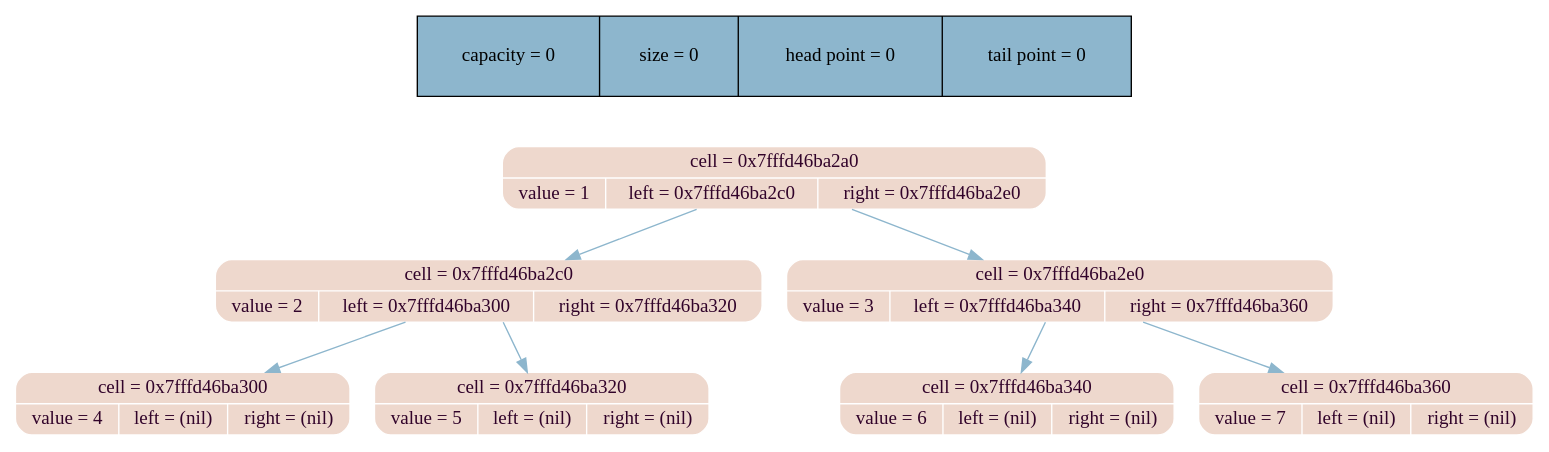
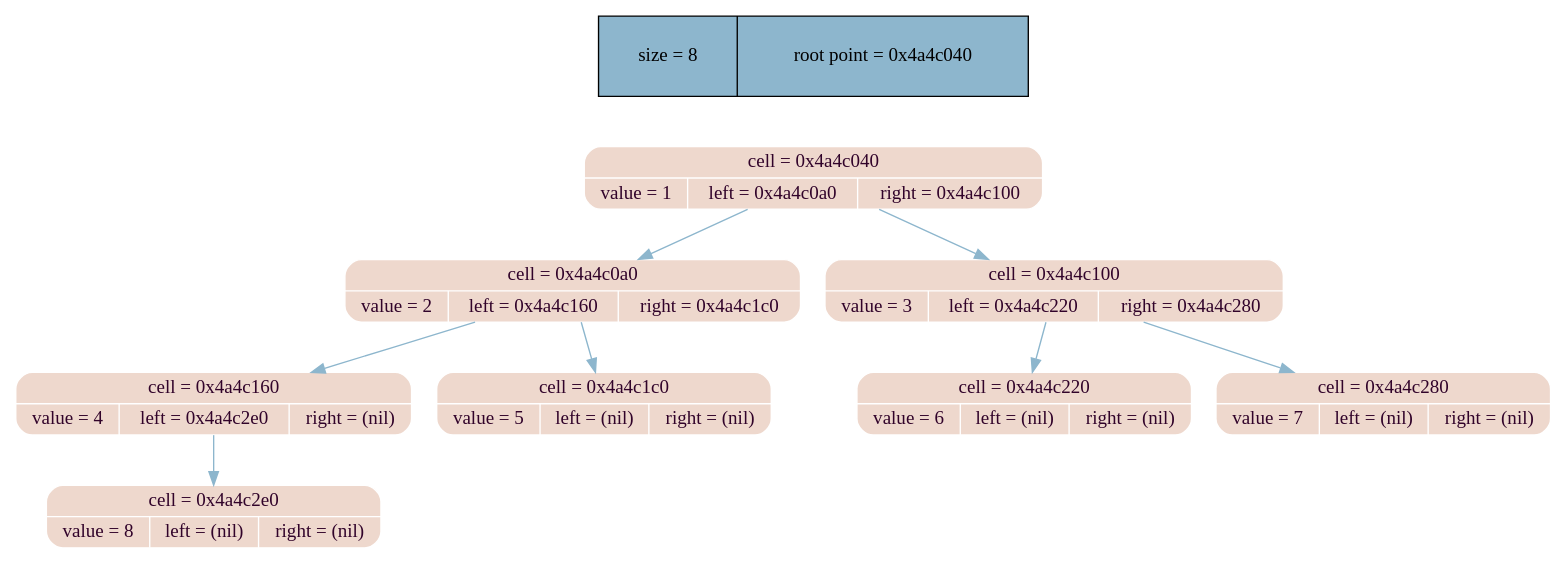
The diagram in dump_info/tree_dump.dot (MaxGroshev/tree), drawn with Graphviz before and after one commit. The commit also changed 9 other files, not shown here.

```diff
--- a/dump_info/tree_dump.dot
+++ b/dump_info/tree_dump.dot
@@ -1,22 +1,24 @@
 digraph   
 {
 rankdir = ""
-splines = "(null)"
+splines = "true"
 
-node_stat [margin = "0.3*0.3", style = "filled", shape = "record", fillcolor = "#8DB6CD" label = "capacity = 0 | size = 0 | head point = 0 | tail point = 0"]
+node_stat [margin = "0.3*0.3", style = "filled", shape = "record", fillcolor = "#8DB6CD" label = " size = 8 | root point = 0x4a4c040"]
 {rank = source; node_stat}
 
-node0x7fffd46ba2a0 [shape = "Mrecord", fillcolor = "#eed8cd", style = "filled", fontcolor = "#31032A", fontname = "Calibri", color = "white", label = "{cell = 0x7fffd46ba2a0\n | {value = 1 |left = 0x7fffd46ba2c0 |right = 0x7fffd46ba2e0}}"]
-node0x7fffd46ba2a0 -> node0x7fffd46ba2c0 [color = "#8DB6CD", style = "", constraint = true, fillcolor = "#8DB6CD",   fontcolor = "", fontname = "Calibri", label = ""];
-node0x7fffd46ba2c0 [shape = "Mrecord", fillcolor = "#eed8cd", style = "filled", fontcolor = "#31032A", fontname = "Calibri", color = "white", label = "{cell = 0x7fffd46ba2c0\n | {value = 2 |left = 0x7fffd46ba300 |right = 0x7fffd46ba320}}"]
-node0x7fffd46ba2c0 -> node0x7fffd46ba300 [color = "#8DB6CD", style = "", constraint = true, fillcolor = "#8DB6CD",   fontcolor = "", fontname = "Calibri", label = ""];
-node0x7fffd46ba300 [shape = "Mrecord", fillcolor = "#eed8cd", style = "filled", fontcolor = "#31032A", fontname = "Calibri", color = "white", label = "{cell = 0x7fffd46ba300\n | {value = 4 |left = (nil) |right = (nil)}}"]
-node0x7fffd46ba2c0 -> node0x7fffd46ba320 [color = "#8DB6CD", style = "", constraint = true, fillcolor = "#8DB6CD",   fontcolor = "", fontname = "Calibri", label = ""];
-node0x7fffd46ba320 [shape = "Mrecord", fillcolor = "#eed8cd", style = "filled", fontcolor = "#31032A", fontname = "Calibri", color = "white", label = "{cell = 0x7fffd46ba320\n | {value = 5 |left = (nil) |right = (nil)}}"]
-node0x7fffd46ba2a0 -> node0x7fffd46ba2e0 [color = "#8DB6CD", style = "", constraint = true, fillcolor = "#8DB6CD",   fontcolor = "", fontname = "Calibri", label = ""];
-node0x7fffd46ba2e0 [shape = "Mrecord", fillcolor = "#eed8cd", style = "filled", fontcolor = "#31032A", fontname = "Calibri", color = "white", label = "{cell = 0x7fffd46ba2e0\n | {value = 3 |left = 0x7fffd46ba340 |right = 0x7fffd46ba360}}"]
-node0x7fffd46ba2e0 -> node0x7fffd46ba340 [color = "#8DB6CD", style = "", constraint = true, fillcolor = "#8DB6CD",   fontcolor = "", fontname = "Calibri", label = ""];
-node0x7fffd46ba340 [shape = "Mrecord", fillcolor = "#eed8cd", style = "filled", fontcolor = "#31032A", fontname = "Calibri", color = "white", label = "{cell = 0x7fffd46ba340\n | {value = 6 |left = (nil) |right = (nil)}}"]
-node0x7fffd46ba2e0 -> node0x7fffd46ba360 [color = "#8DB6CD", style = "", constraint = true, fillcolor = "#8DB6CD",   fontcolor = "", fontname = "Calibri", label = ""];
-node0x7fffd46ba360 [shape = "Mrecord", fillcolor = "#eed8cd", style = "filled", fontcolor = "#31032A", fontname = "Calibri", color = "white", label = "{cell = 0x7fffd46ba360\n | {value = 7 |left = (nil) |right = (nil)}}"]
+node0x4a4c040 [shape = "Mrecord", fillcolor = "#eed8cd", style = "filled", fontcolor = "#31032A", fontname = "Calibri", color = "white", label = "{cell = 0x4a4c040\n | {value = 1 |left = 0x4a4c0a0 |right = 0x4a4c100}}"]
+node0x4a4c040 -> node0x4a4c0a0 [color = "#8DB6CD", style = "", constraint = true, fillcolor = "#8DB6CD",   fontcolor = "", fontname = "Calibri", label = ""];
+node0x4a4c0a0 [shape = "Mrecord", fillcolor = "#eed8cd", style = "filled", fontcolor = "#31032A", fontname = "Calibri", color = "white", label = "{cell = 0x4a4c0a0\n | {value = 2 |left = 0x4a4c160 |right = 0x4a4c1c0}}"]
+node0x4a4c0a0 -> node0x4a4c160 [color = "#8DB6CD", style = "", constraint = true, fillcolor = "#8DB6CD",   fontcolor = "", fontname = "Calibri", label = ""];
+node0x4a4c160 [shape = "Mrecord", fillcolor = "#eed8cd", style = "filled", fontcolor = "#31032A", fontname = "Calibri", color = "white", label = "{cell = 0x4a4c160\n | {value = 4 |left = 0x4a4c2e0 |right = (nil)}}"]
+node0x4a4c160 -> node0x4a4c2e0 [color = "#8DB6CD", style = "", constraint = true, fillcolor = "#8DB6CD",   fontcolor = "", fontname = "Calibri", label = ""];
+node0x4a4c2e0 [shape = "Mrecord", fillcolor = "#eed8cd", style = "filled", fontcolor = "#31032A", fontname = "Calibri", color = "white", label = "{cell = 0x4a4c2e0\n | {value = 8 |left = (nil) |right = (nil)}}"]
+node0x4a4c0a0 -> node0x4a4c1c0 [color = "#8DB6CD", style = "", constraint = true, fillcolor = "#8DB6CD",   fontcolor = "", fontname = "Calibri", label = ""];
+node0x4a4c1c0 [shape = "Mrecord", fillcolor = "#eed8cd", style = "filled", fontcolor = "#31032A", fontname = "Calibri", color = "white", label = "{cell = 0x4a4c1c0\n | {value = 5 |left = (nil) |right = (nil)}}"]
+node0x4a4c040 -> node0x4a4c100 [color = "#8DB6CD", style = "", constraint = true, fillcolor = "#8DB6CD",   fontcolor = "", fontname = "Calibri", label = ""];
+node0x4a4c100 [shape = "Mrecord", fillcolor = "#eed8cd", style = "filled", fontcolor = "#31032A", fontname = "Calibri", color = "white", label = "{cell = 0x4a4c100\n | {value = 3 |left = 0x4a4c220 |right = 0x4a4c280}}"]
+node0x4a4c100 -> node0x4a4c220 [color = "#8DB6CD", style = "", constraint = true, fillcolor = "#8DB6CD",   fontcolor = "", fontname = "Calibri", label = ""];
+node0x4a4c220 [shape = "Mrecord", fillcolor = "#eed8cd", style = "filled", fontcolor = "#31032A", fontname = "Calibri", color = "white", label = "{cell = 0x4a4c220\n | {value = 6 |left = (nil) |right = (nil)}}"]
+node0x4a4c100 -> node0x4a4c280 [color = "#8DB6CD", style = "", constraint = true, fillcolor = "#8DB6CD",   fontcolor = "", fontname = "Calibri", label = ""];
+node0x4a4c280 [shape = "Mrecord", fillcolor = "#eed8cd", style = "filled", fontcolor = "#31032A", fontname = "Calibri", color = "white", label = "{cell = 0x4a4c280\n | {value = 7 |left = (nil) |right = (nil)}}"]
 }
```
